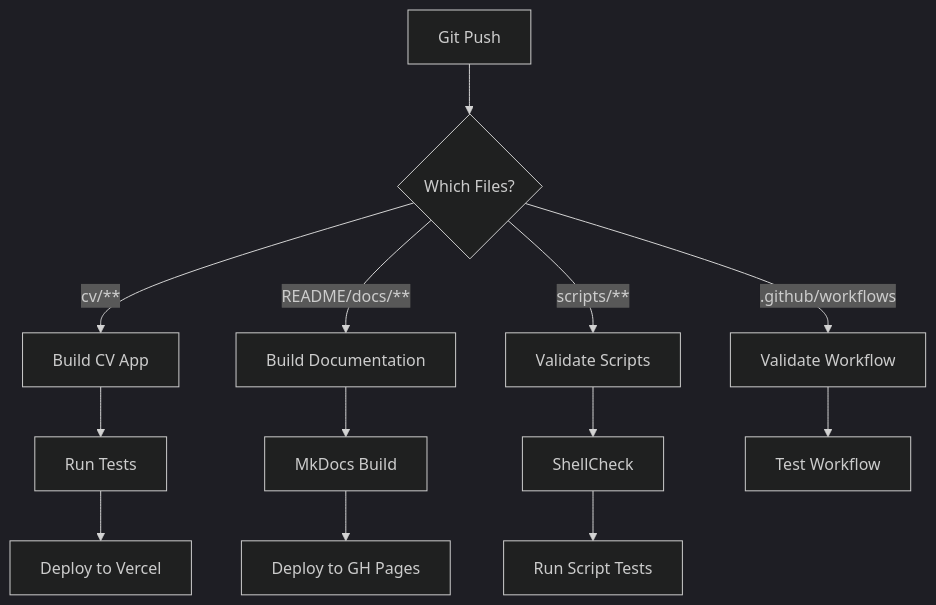
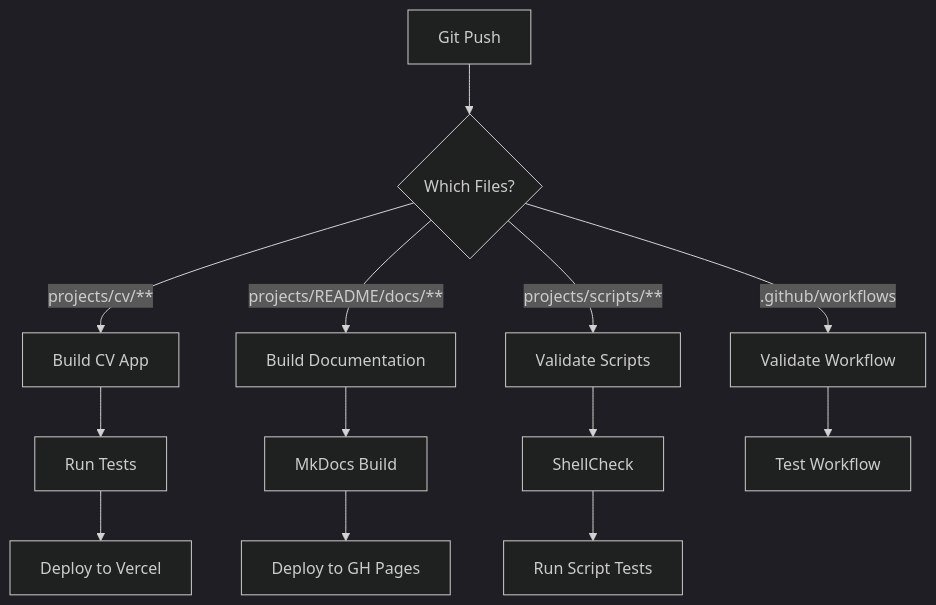
One commit to bamr87/bamr87 changed the fifth of 6 diagrams in docs/ARCHITECTURE.md. Above: the diagram before and after it, drawn with Mermaid (dark theme). The commit also changed other lines of this file and 63 other files, not shown here.

````diff
--- a/docs/ARCHITECTURE.md
+++ b/docs/ARCHITECTURE.md
@@ -220,22 +220,22 @@
 ```mermaid
 graph TB
     Push[Git Push]
     
     Push --> Trigger{Which Files?}
     
     Trigger -->|.github/workflows| WorkflowValidation[Validate Workflow]
-    Trigger -->|cv/**| CVBuild[Build CV App]
-    Trigger -->|README/docs/**| DocBuild[Build Documentation]
-    Trigger -->|scripts/**| ScriptValidation[Validate Scripts]
+    Trigger -->|projects/cv/**| CVBuild[Build CV App]
+    Trigger -->|projects/README/docs/**| DocBuild[Build Documentation]
+    Trigger -->|projects/scripts/**| ScriptValidation[Validate Scripts]
     
     CVBuild --> CVTest[Run Tests]
     CVTest --> CVDeploy[Deploy to Vercel]
     
     DocBuild --> MkDocsBuild[MkDocs Build]
     MkDocsBuild --> GHPagesDeploy[Deploy to GH Pages]
     
     ScriptValidation --> Shellcheck[ShellCheck]
     Shellcheck --> ScriptTests[Run Script Tests]
     
     WorkflowValidation --> WorkflowTest[Test Workflow]
 ```
````
